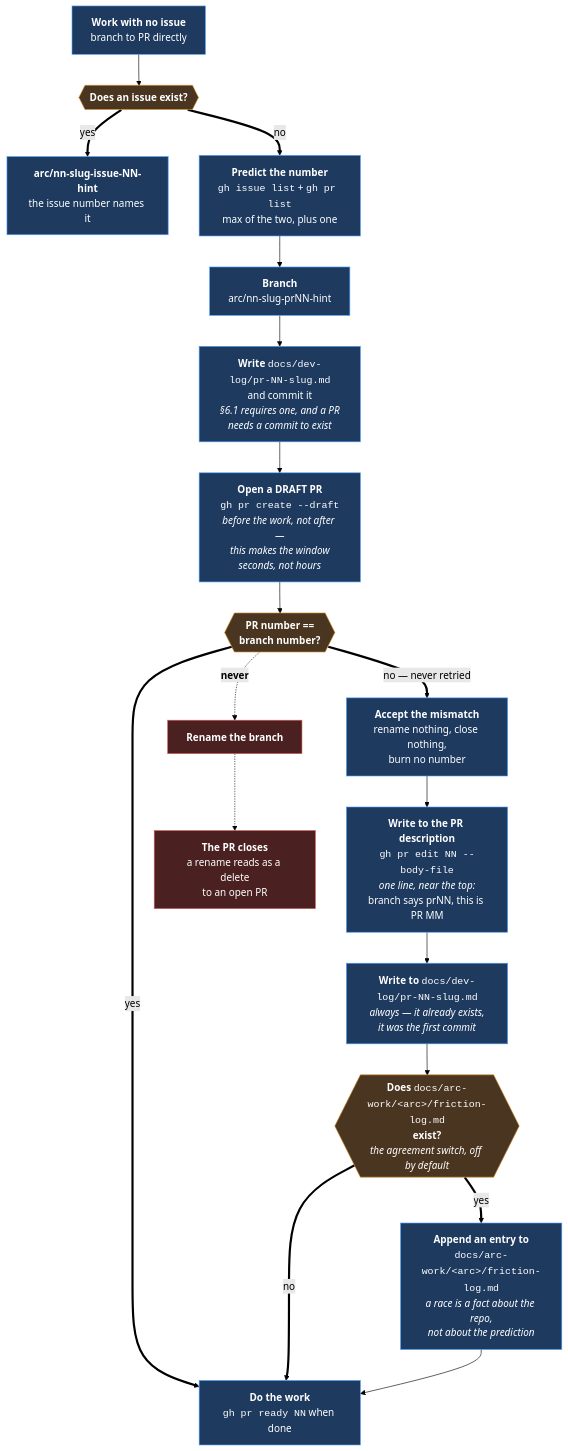
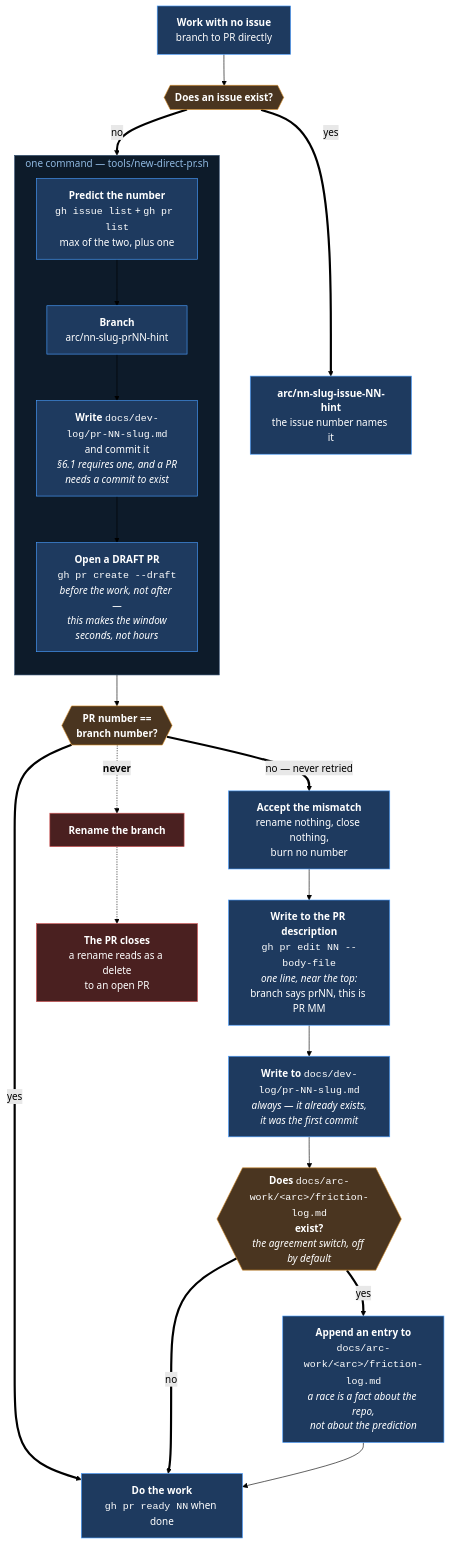
One commit to Calyx-Engineering/arc changed the third of 3 diagrams in docs/product-architecture/mechanisms/m46-work-navigation.md. Above: the diagram before and after it, drawn with Mermaid (forest theme). The commit also changed other lines of this file and 4 other files, not shown here.

````diff
--- a/docs/product-architecture/mechanisms/m46-work-navigation.md
+++ b/docs/product-architecture/mechanisms/m46-work-navigation.md
@@ -393,26 +393,34 @@
 ```mermaid
 flowchart TB
     START["<b>Work with no issue</b><br/>branch to PR directly"] --> Q{{"<b>Does an issue exist?</b>"}}
     Q ==>|yes| ISS["<b>arc/nn-slug-issue-NN-hint</b><br/>the issue number names it"]
     Q ==>|no| PRED["<b>Predict the number</b><br/><code>gh issue list</code> + <code>gh pr list</code><br/>max of the two, plus one"]
+    subgraph ONE[" one command — tools/new-direct-pr.sh "]
+        direction TB
+        PRED
+        BR
+        LOG
+        OPEN
+    end
     PRED --> BR["<b>Branch</b><br/>arc/nn-slug-prNN-hint"]
     BR --> LOG["<b>Write</b> <code>docs/dev-log/pr-NN-slug.md</code><br/>and commit it<br/><i>§6.1 requires one, and a PR<br/>needs a commit to exist</i>"]
     LOG --> OPEN["<b>Open a DRAFT PR</b><br/><code>gh pr create --draft</code><br/><i>before the work, not after —<br/>this makes the window<br/>seconds, not hours</i>"]
     OPEN --> CHK{{"<b>PR number ==<br/>branch number?</b>"}}
     CHK ==>|yes| WORK["<b>Do the work</b><br/><code>gh pr ready NN</code> when done"]
     CHK ==>|"no — never retried"| ACCEPT["<b>Accept the mismatch</b><br/>rename nothing, close nothing,<br/>burn no number"]
     ACCEPT --> SAY["<b>Write to the PR description</b><br/><code>gh pr edit NN --body-file</code><br/><i>one line, near the top:</i><br/>branch says prNN, this is PR MM"]
     SAY --> DEVLOG["<b>Write to</b> <code>docs/dev-log/pr-NN-slug.md</code><br/><i>always — it already exists,<br/>it was the first commit</i>"]
     DEVLOG --> FQ{{"<b>Does</b> <code>docs/arc-work/&lt;arc&gt;/friction-log.md</code><br/><b>exist?</b><br/><i>the agreement switch, off by default</i>"}}
     FQ ==>|yes| FRIC["<b>Append an entry to</b><br/><code>docs/arc-work/&lt;arc&gt;/friction-log.md</code><br/><i>a race is a fact about the repo,<br/>not about the prediction</i>"]
     FQ ==>|no| WORK
     FRIC --> WORK
     CHK -.->|"<b>never</b>"| REN["<b>Rename the branch</b>"]
     REN -.-> DEAD["<b>The PR closes</b><br/>a rename reads as a delete<br/>to an open PR"]
     classDef n fill:#1e3a5f,stroke:#4a9eff,color:#fff
     classDef s fill:#4a3520,stroke:#d98f2b,color:#fff
     classDef x fill:#4a2020,stroke:#d95b5b,color:#fff
+    style ONE fill:#0d1b2a,stroke:#2c4a6b,color:#8fb8e0
     class START,ISS,PRED,BR,LOG,OPEN,WORK,ACCEPT,SAY,DEVLOG,FRIC n
     class Q,CHK,FQ s
     class REN,DEAD x
 ```
````
